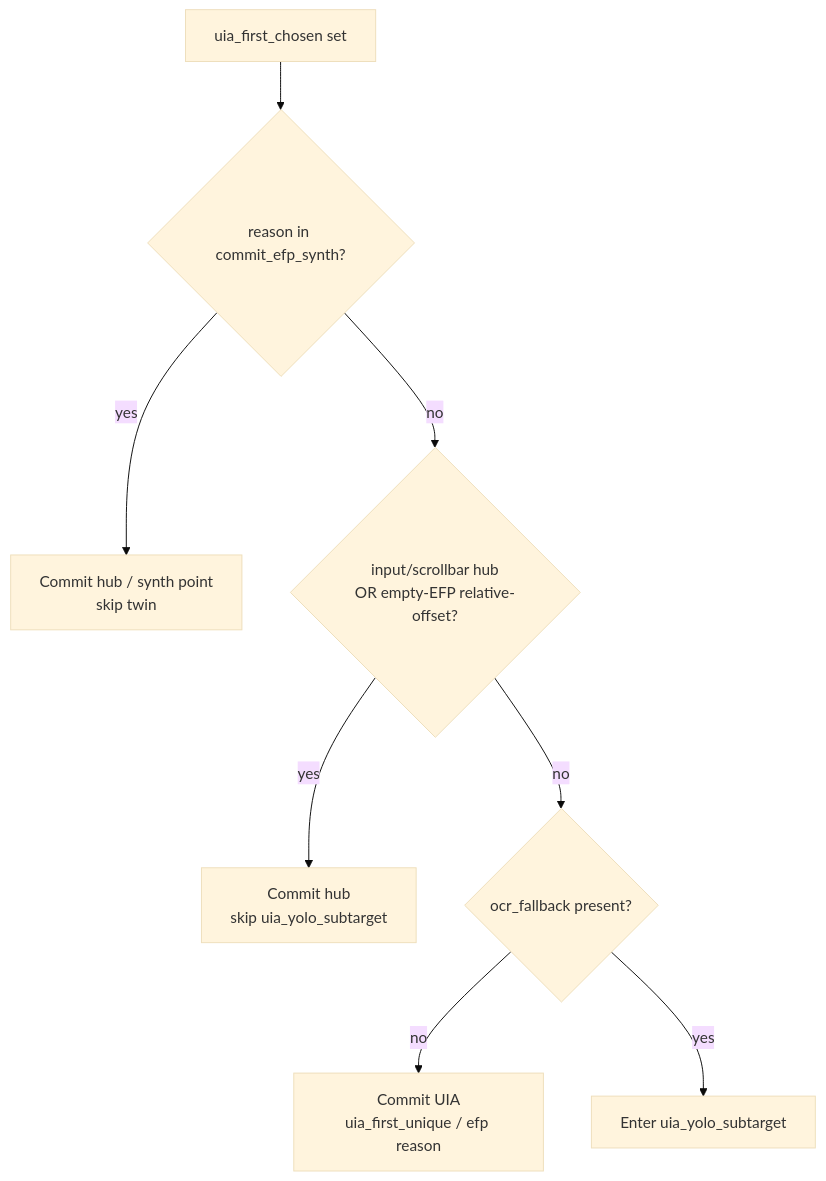
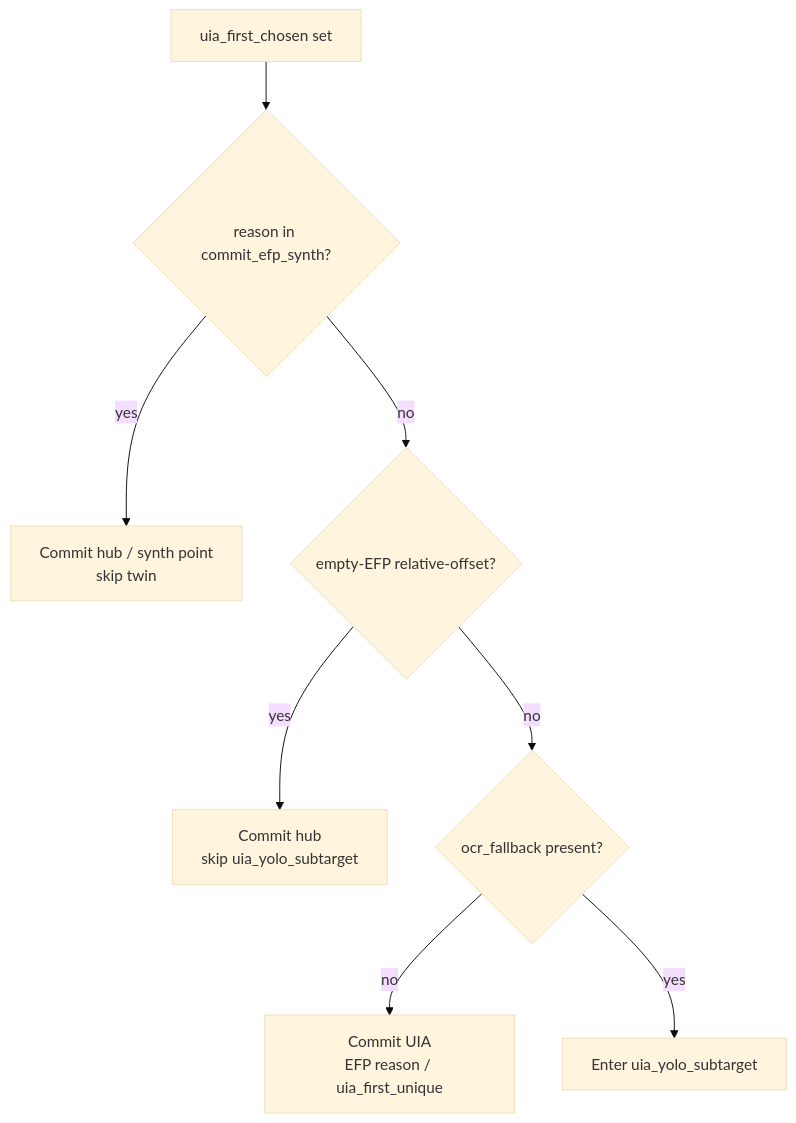
One commit to josephorng/QualityAssuranceAgent changed the fourth of 5 diagrams in docs/replay-flow.md. Above: the diagram before and after it, drawn with Mermaid (base theme). The commit also changed other lines of this file and 7 other files, not shown here.

First line of the commit message:
Skip uniqueness-grow on UIA EFP hubs to fix Excel analysis stalls.

````diff
--- a/docs/replay-flow.md
+++ b/docs/replay-flow.md
@@ -142,10 +160,10 @@
 ```mermaid
 flowchart TD
   U[uia_first_chosen set] --> Synth{reason in commit_efp_synth?}
   Synth -->|yes| C1[Commit hub / synth point<br/>skip twin]
-  Synth -->|no| Skip{input/scrollbar hub<br/>OR empty-EFP relative-offset?}
+  Synth -->|no| Skip{empty-EFP relative-offset?}
   Skip -->|yes| C2[Commit hub<br/>skip uia_yolo_subtarget]
   Skip -->|no| Twin{ocr_fallback present?}
-  Twin -->|no| C3[Commit UIA<br/>uia_first_unique / efp reason]
+  Twin -->|no| C3[Commit UIA<br/>EFP reason / uia_first_unique]
   Twin -->|yes| ST[Enter uia_yolo_subtarget]
 ```
````
